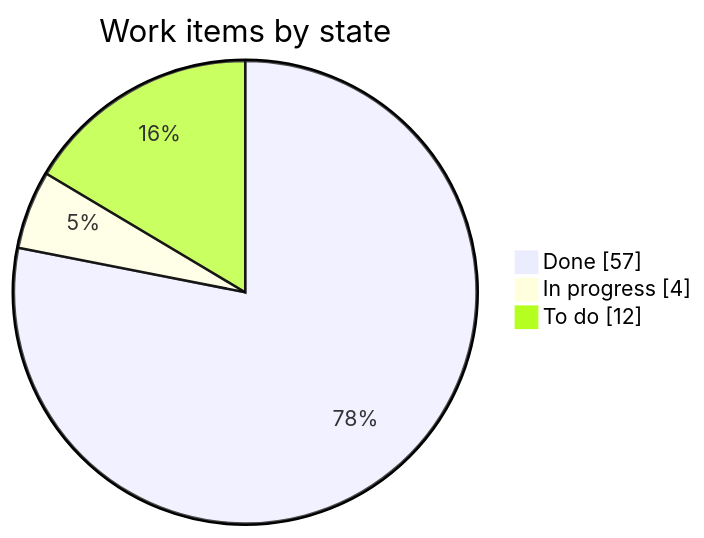
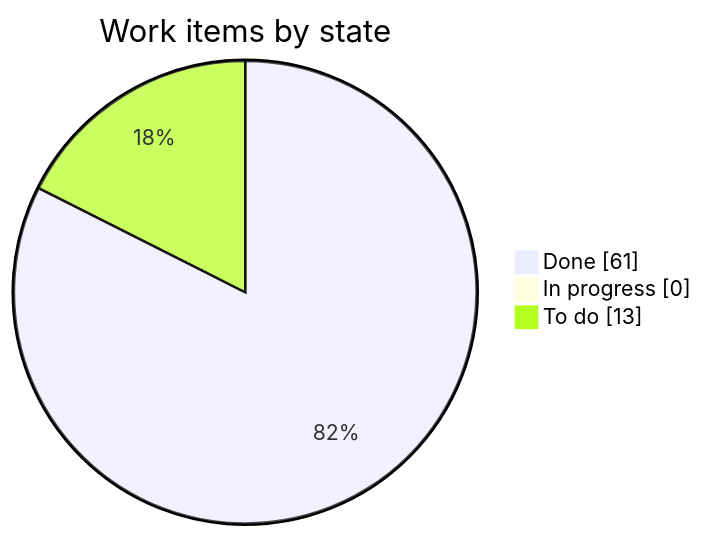
Before and after one commit to LoMagnette/ghost-light: the first of 2 diagrams in STATUS.md, drawn with Mermaid. The commit also changed other lines of this file and 1 other file, not shown here.

````diff
--- a/STATUS.md
+++ b/STATUS.md
@@ -36,7 +36,7 @@
 ```mermaid
 pie showData
     title Work items by state
-    "Done" : 57
-    "In progress" : 4
-    "To do" : 12
+    "Done" : 61
+    "In progress" : 0
+    "To do" : 13
 ```
````
